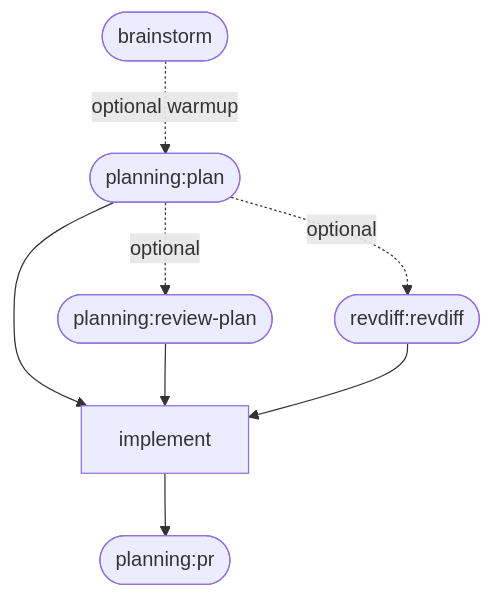
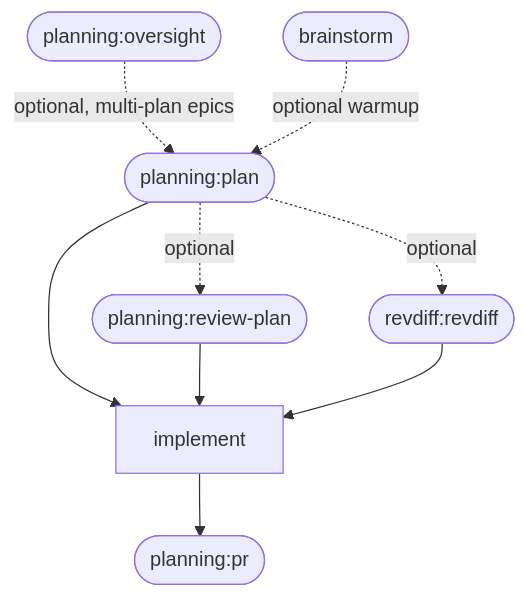
The first of 5 diagrams in README.md (parMaster/claude-dlc), drawn with Mermaid before and after one commit. The commit also changed other lines of this file and 7 other files, not shown here.

First line of the commit message:
feat(planning): add oversight skill for epic scoping and iteration chunking

````diff
--- a/README.md
+++ b/README.md
@@ -37,17 +37,19 @@
 ```mermaid
 flowchart TD
+    OV(["planning:oversight"])
     BS(["brainstorm"])
     PL(["planning:plan"])
     RP(["planning:review-plan"])
     RD(["revdiff:revdiff"])
     IM["implement"]
     DPR(["planning:pr"])
 
+    OV -.->|optional, multi-plan epics| PL
     BS -.->|optional warmup| PL
     PL -.->|optional| RP
     PL -.->|optional| RD
     PL --> IM
     RP --> IM
     RD --> IM
     IM --> DPR
 ```
````
